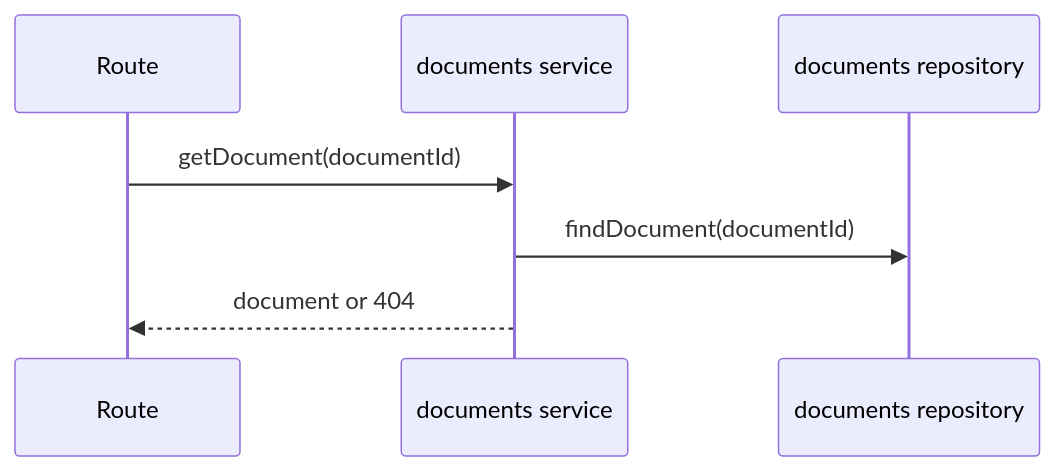
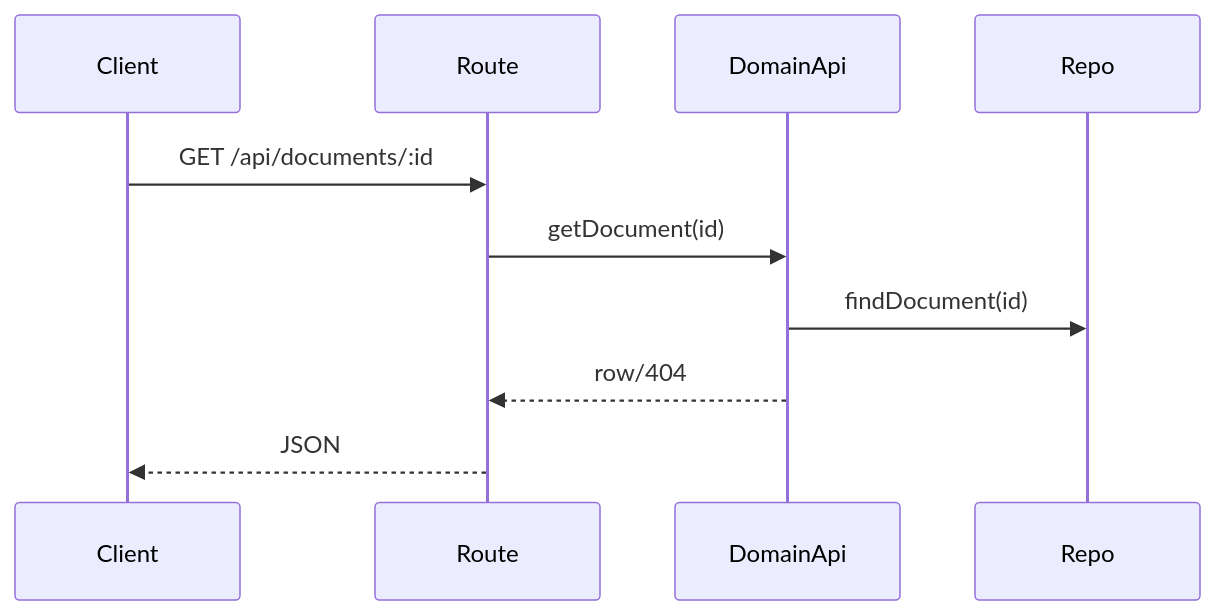
One commit to TurtleStoffel/tektite-console changed the fifth of 7 diagrams in src/backend/domains/documents/README.md. Above: the diagram before and after it, drawn with Mermaid. The commit also changed other lines of this file and 30 other files, not shown here.

Commit message:
split domainApi from service

````diff
--- a/src/backend/domains/documents/README.md
+++ b/src/backend/domains/documents/README.md
@@ -60,9 +68,12 @@
 ```mermaid
 sequenceDiagram
+    participant Client
     participant Route
-    participant Service as documents service
-    participant Repo as documents repository
-    Route->>Service: getDocument(documentId)
-    Service->>Repo: findDocument(documentId)
-    Service-->>Route: document or 404
+    participant DomainApi
+    participant Repo
+    Client->>Route: GET /api/documents/:id
+    Route->>DomainApi: getDocument(id)
+    DomainApi->>Repo: findDocument(id)
+    DomainApi-->>Route: row/404
+    Route-->>Client: JSON
 ```
````
